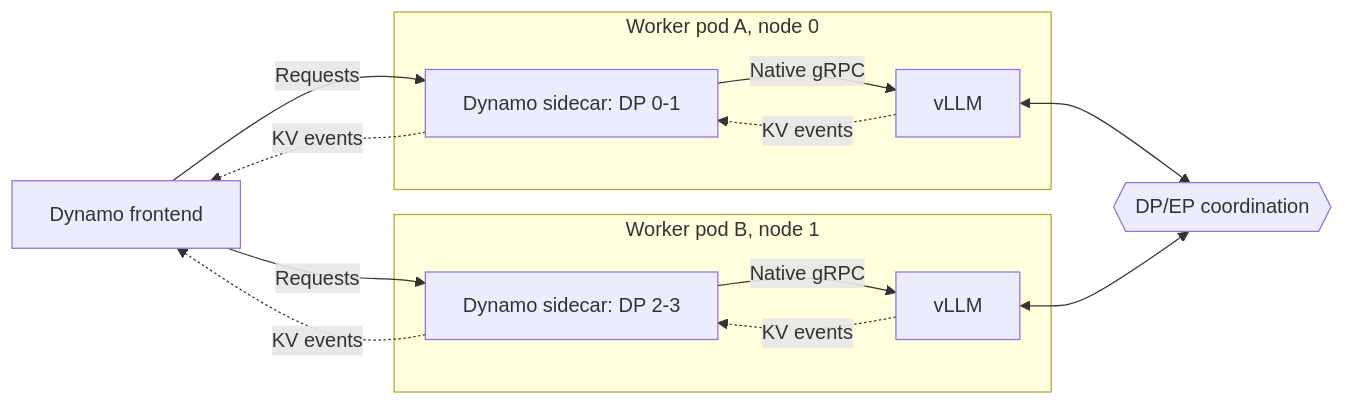
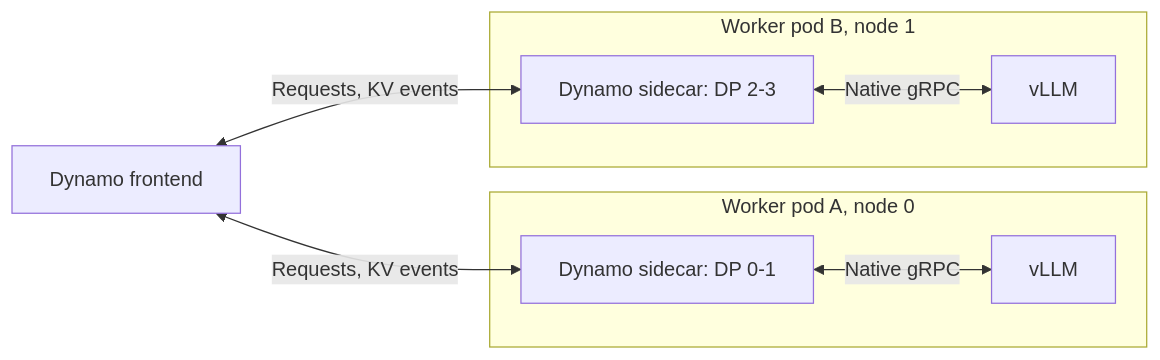
Before and after one commit to ai-dynamo/dynamo: the third of 3 diagrams in docs/fern/pages/developer-guide/knowledge-base/modular-components/backends/vllm/sidecar.md, drawn with Mermaid. The commit also changed other lines of this file and 6 other files, not shown here.

Commit message:
docs(sidecar): simplify topology diagrams for Fern rendering

````diff
--- a/docs/fern/pages/developer-guide/knowledge-base/modular-components/backends/vllm/sidecar.md
+++ b/docs/fern/pages/developer-guide/knowledge-base/modular-components/backends/vllm/sidecar.md
@@ -98,19 +94,11 @@
 ```mermaid
 flowchart LR
-  F[Dynamo frontend]
+  F[Dynamo frontend] <-->|Requests, KV events| SA
+  F <-->|Requests, KV events| SB
   subgraph A[Worker pod A, node 0]
-    SA[Dynamo sidecar: DP 0-1] -->|Native gRPC| EA[vLLM]
-    EA -.->|KV events| SA
+    SA[Dynamo sidecar: DP 0-1] <-->|Native gRPC| EA[vLLM]
   end
   subgraph B[Worker pod B, node 1]
-    SB[Dynamo sidecar: DP 2-3] -->|Native gRPC| EB[vLLM]
-    EB -.->|KV events| SB
+    SB[Dynamo sidecar: DP 2-3] <-->|Native gRPC| EB[vLLM]
   end
-  C{{DP/EP coordination}}
-  F -->|Requests| SA
-  F -->|Requests| SB
-  SA -.->|KV events| F
-  SB -.->|KV events| F
-  EA <--> C
-  EB <--> C
 ```
````
